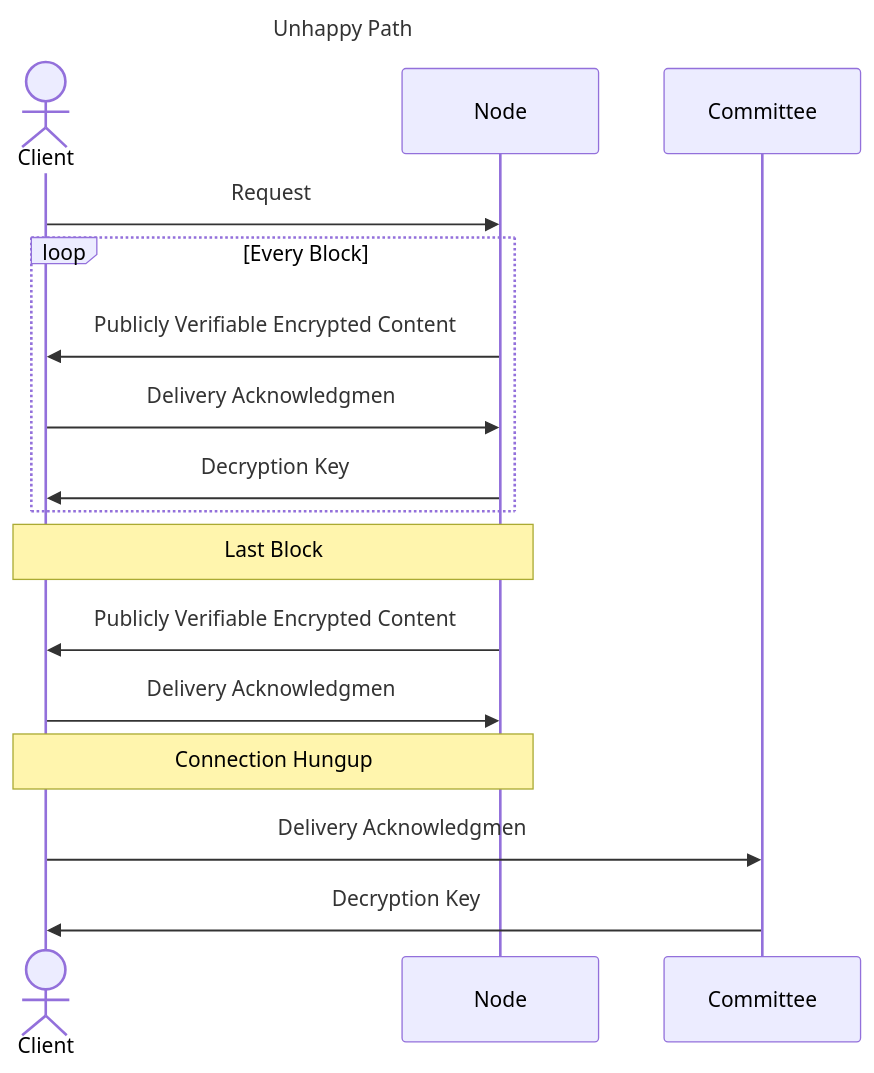
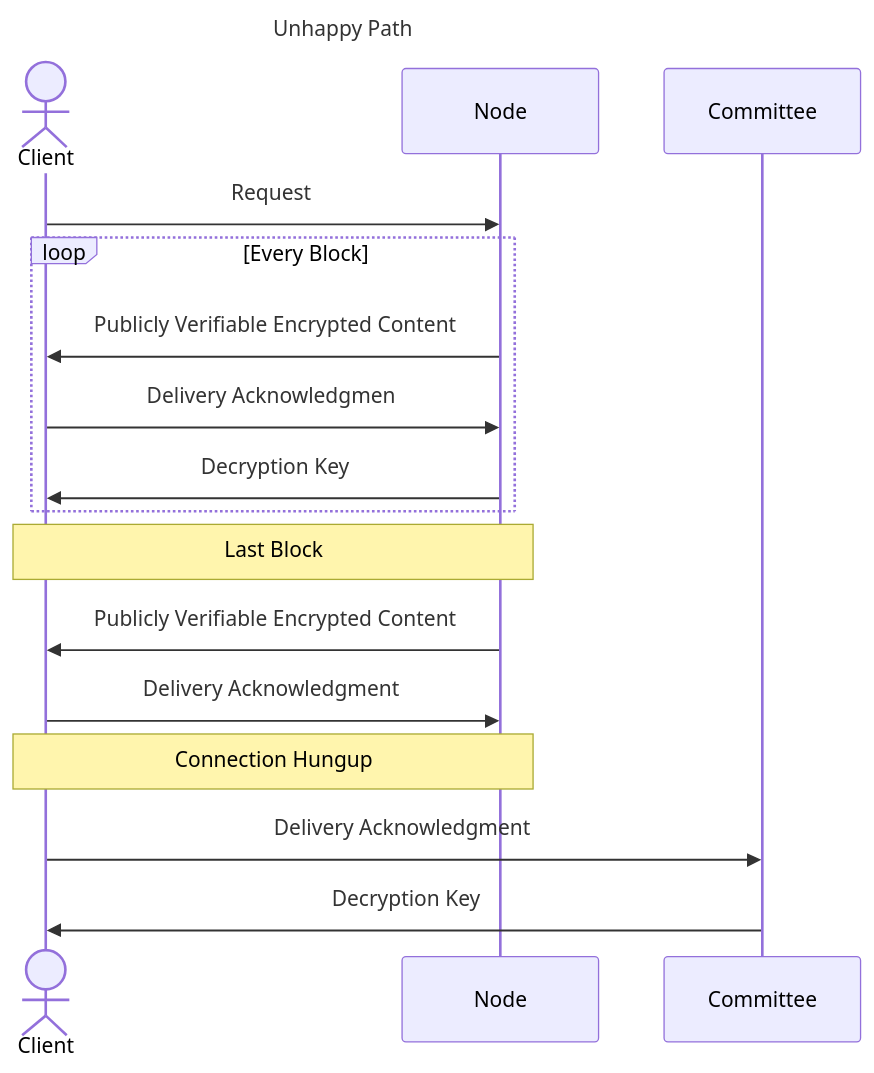
The second of 3 diagrams in crates/ursa-pod/spec/README.md (fleek-network/ursa), drawn with Mermaid before and after one commit. The commit also changed other lines of this file, not shown here.

````diff
--- a/crates/ursa-pod/spec/README.md
+++ b/crates/ursa-pod/spec/README.md
@@ -61,21 +48,21 @@
 ```mermaid
 ---
 title: Unhappy Path
 ---
 sequenceDiagram
     actor Client
     participant Node
     participant Committee
     Client->>Node: Request
     loop Every Block
         Node->>Client: Publicly Verifiable Encrypted Content
         Client->>Node: Delivery Acknowledgmen
         Node->>Client: Decryption Key
     end
     Note over Client, Node: Last Block
     Node->>Client: Publicly Verifiable Encrypted Content
-    Client->>Node: Delivery Acknowledgmen
+    Client->>Node: Delivery Acknowledgment
     Note over Client, Node: Connection Hungup
-    Client->>Committee: Delivery Acknowledgmen
+    Client->>Committee: Delivery Acknowledgment
     Committee->>Client: Decryption Key
 ```
````
